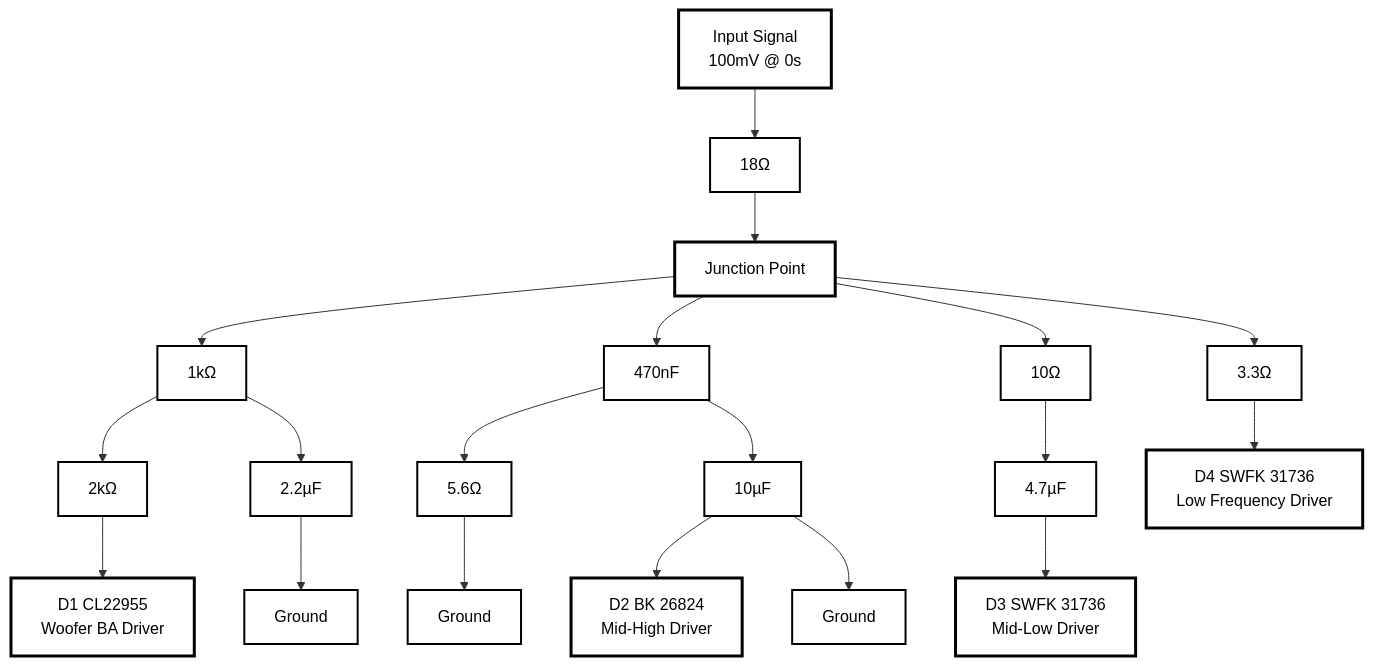
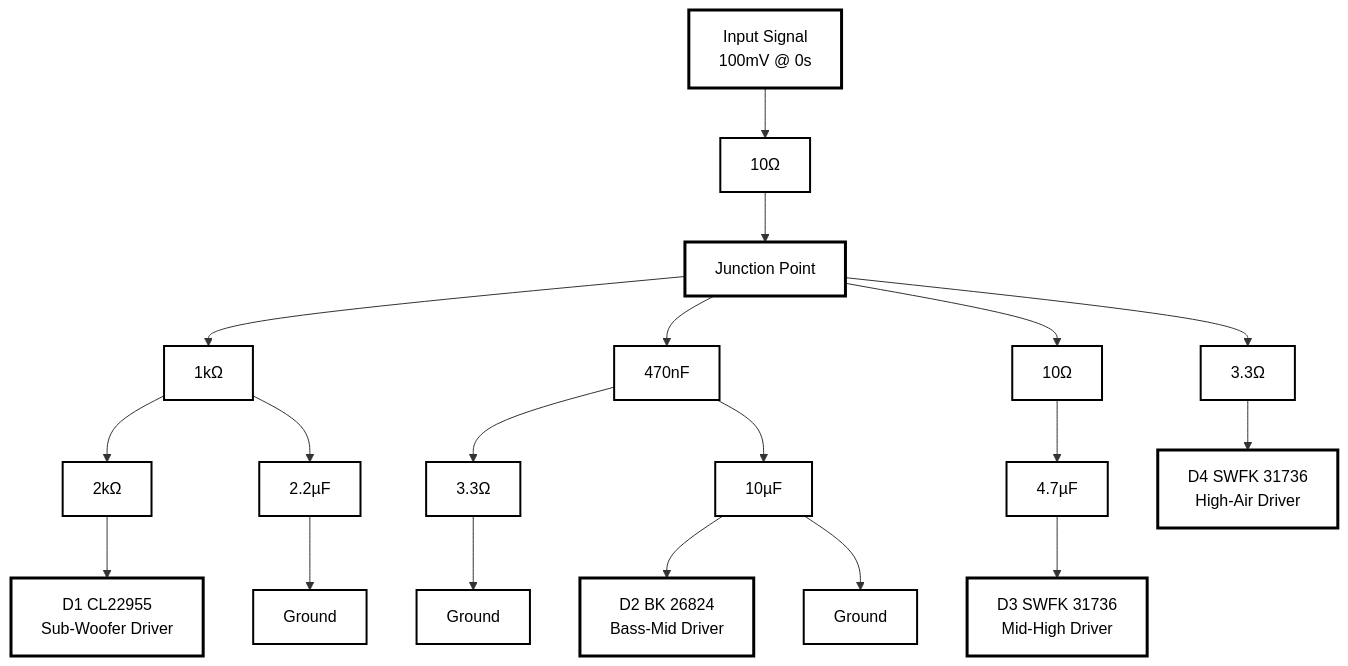
Before and after one commit to DriftingOtter/Project-Resonator: the diagram in README.md, drawn with Mermaid.

Commit message:
Updated crossover diagram to set labels to drivers correctly from sub-to-air, and updated crossover capacitance and resistance values

````diff
--- a/README.md
+++ b/README.md
@@ -48,45 +48,45 @@
 ```mermaid
 graph TD
-    A["Input Signal<br/>100mV @ 0s"] --> B["18Ω"]
+    A["Input Signal<br/>100mV @ 0s"] --> B["10Ω"]
     
     B --> C["Junction Point"]
     
     %% High Frequency Path (Top Branch)
     C --> D["1kΩ"]
     D --> E["2kΩ"]
     D --> F["2.2µF"]
     F --> GND1["Ground"]
-    E --> G["D1 CL22955<br/>Woofer BA Driver"]
+    E --> G["D1 CL22955<br/>Sub-Woofer Driver"]
     
     %% Mid-High Frequency Path (Second Branch)
     C --> H["470nF"]
-    H --> I["5.6Ω"]
+    H --> I["3.3Ω"]
     H --> J["10µF"]
-    J --> K["D2 BK 26824<br/>Mid-High Driver"]
+    J --> K["D2 BK 26824<br/>Bass-Mid Driver"]
     J --> GND2["Ground"]
     I --> GND3["Ground"]
     
     %% Mid-Low Frequency Path (Third Branch)
     C --> L["10Ω"]
     L --> M["4.7µF"]
-    M --> N["D3 SWFK 31736<br/>Mid-Low Driver"]
+    M --> N["D3 SWFK 31736<br/>Mid-High Driver"]
     
     %% Low Frequency Path (Fourth Branch)
     C --> O["3.3Ω"]
-    O --> P["D4 SWFK 31736<br/>Low Frequency Driver"]
+    O --> P["D4 SWFK 31736<br/>High-Air Driver"]
 
     
     classDef driver fill:#ffffff,stroke:#000000,stroke-width:3px,color:#000000
     classDef resistor fill:#ffffff,stroke:#000000,stroke-width:2px,color:#000000
     classDef capacitor fill:#ffffff,stroke:#000000,stroke-width:2px,color:#000000
     classDef input fill:#ffffff,stroke:#000000,stroke-width:3px,color:#000000
     classDef ground fill:#ffffff,stroke:#000000,stroke-width:2px,color:#000000
     classDef junction fill:#ffffff,stroke:#000000,stroke-width:3px,color:#000000
     
     class G,K,N,P driver
     class B,D,E,I,L,O resistor
     class F,H,J,M capacitor
     class A input
     class GND1,GND2,GND3,GND4,GND5,GND6,GND7 ground
     class C junction
 ```
````
